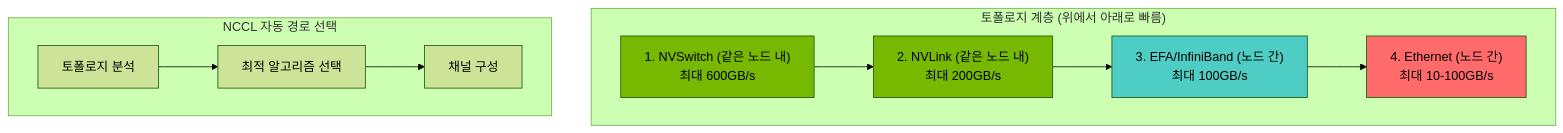
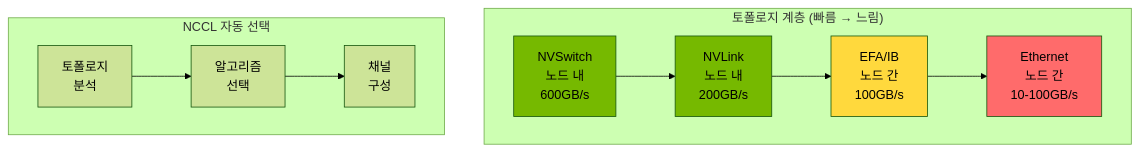
One commit to devfloor9/engineering-playbook changed the fifth of 5 diagrams in docs/agentic-ai-platform/model-serving/nemo-framework.md. Above: the diagram before and after it, drawn with Mermaid (forest theme). The commit also changed other lines of this file and 24 other files, not shown here.

````diff
--- a/docs/agentic-ai-platform/model-serving/nemo-framework.md
+++ b/docs/agentic-ai-platform/model-serving/nemo-framework.md
@@ -821,21 +817,24 @@
 ```mermaid
-graph TB
-    subgraph "토폴로지 계층 (위에서 아래로 빠름)"
-        L1["1. NVSwitch (같은 노드 내)<br/>최대 600GB/s"]
-        L2["2. NVLink (같은 노드 내)<br/>최대 200GB/s"]
-        L3["3. EFA/InfiniBand (노드 간)<br/>최대 100GB/s"]
-        L4["4. Ethernet (노드 간)<br/>최대 10-100GB/s"]
+flowchart TB
+    subgraph Topo["토폴로지 계층 (빠름 → 느림)"]
+        L1[NVSwitch<br/>노드 내<br/>600GB/s]
+        L2[NVLink<br/>노드 내<br/>200GB/s]
+        L3[EFA/IB<br/>노드 간<br/>100GB/s]
+        L4[Ethernet<br/>노드 간<br/>10-100GB/s]
+
+        L1 --> L2 --> L3 --> L4
     end
 
-    L1 --> L2 --> L3 --> L4
+    subgraph NCCL["NCCL 자동 선택"]
+        A[토폴로지<br/>분석]
+        B[알고리즘<br/>선택]
+        C[채널<br/>구성]
 
-    subgraph "NCCL 자동 경로 선택"
-        A["토폴로지 분석"] --> B["최적 알고리즘 선택"]
-        B --> C["채널 구성"]
+        A --> B --> C
     end
 
     style L1 fill:#76b900
     style L2 fill:#76b900
-    style L3 fill:#4ecdc4
+    style L3 fill:#ffd93d
     style L4 fill:#ff6b6b
 ```
````
